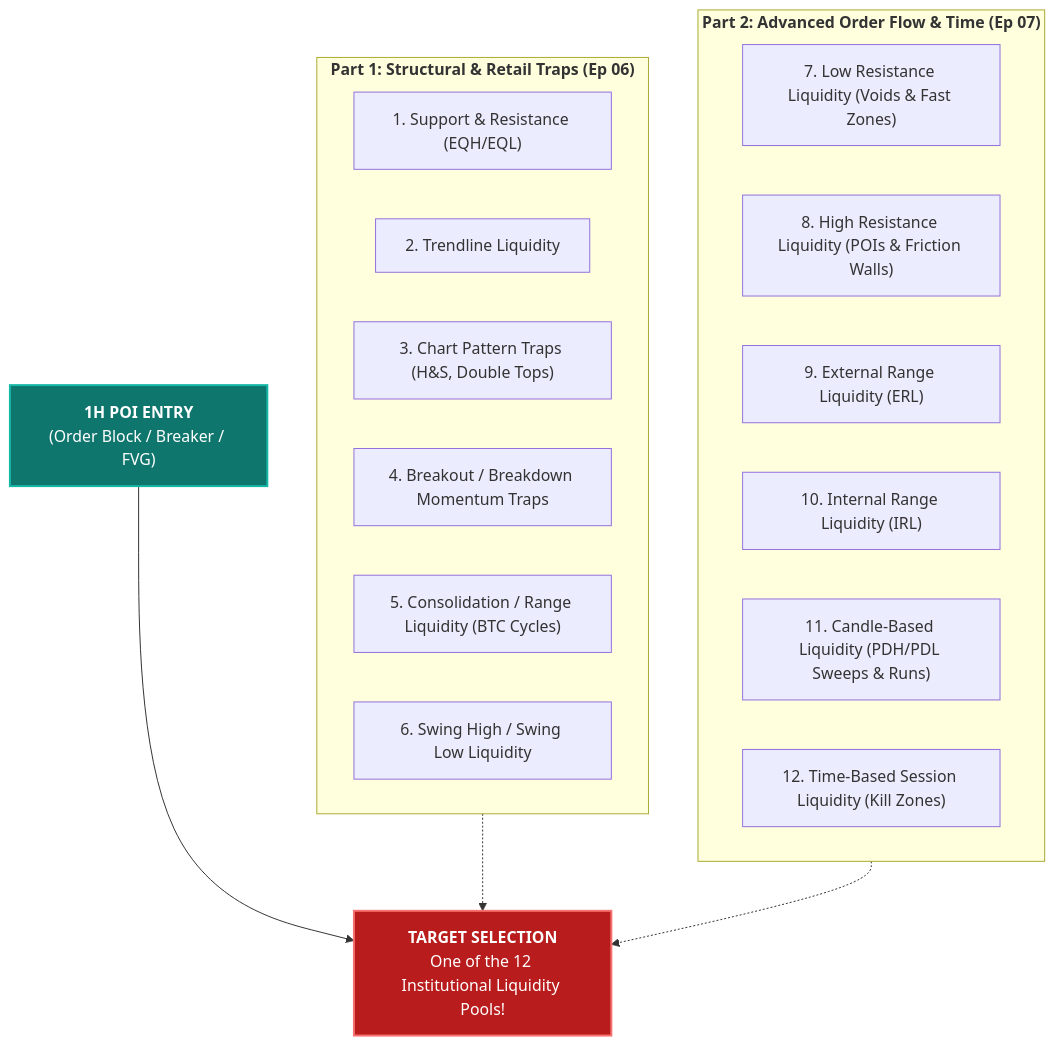
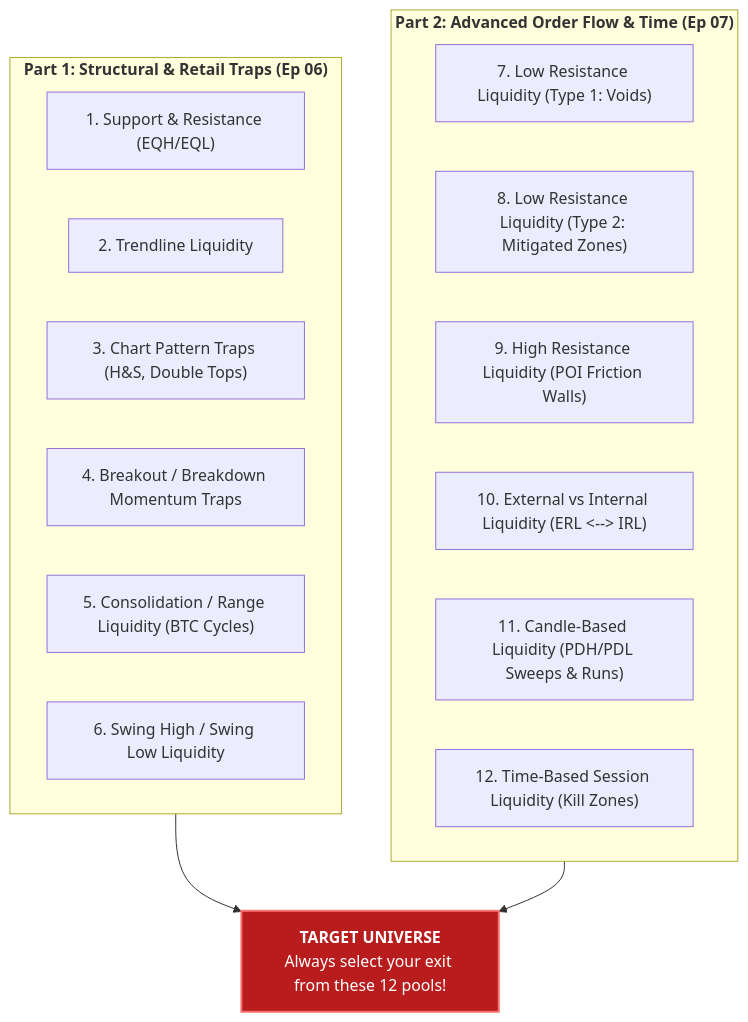
One commit to as7812164-sketch/smc-v17-trading-system changed the diagram in institutional_video_learning_vault/02_visual_diagrams_and_frames/Video_07_Visual_Atlas.md. Above: the diagram before and after it, drawn with Mermaid. The commit also changed other lines of this file and 2 other files, not shown here.

Commit message:
feat(learning_vault): complete microscopic audit of episode 07 with dual target symmetry

````diff
--- a/institutional_video_learning_vault/02_visual_diagrams_and_frames/Video_07_Visual_Atlas.md
+++ b/institutional_video_learning_vault/02_visual_diagrams_and_frames/Video_07_Visual_Atlas.md
@@ -113,27 +133,26 @@
 ```mermaid
 flowchart TD
     subgraph Part1["<b>Part 1: Structural & Retail Traps (Ep 06)</b>"]
         L1["1. Support & Resistance (EQH/EQL)"]
         L2["2. Trendline Liquidity"]
         L3["3. Chart Pattern Traps (H&S, Double Tops)"]
         L4["4. Breakout / Breakdown Momentum Traps"]
         L5["5. Consolidation / Range Liquidity (BTC Cycles)"]
         L6["6. Swing High / Swing Low Liquidity"]
     end
 
     subgraph Part2["<b>Part 2: Advanced Order Flow & Time (Ep 07)</b>"]
-        L7["7. Low Resistance Liquidity (Voids & Fast Zones)"]
-        L8["8. High Resistance Liquidity (POIs & Friction Walls)"]
-        L9["9. External Range Liquidity (ERL)"]
-        L10["10. Internal Range Liquidity (IRL)"]
+        L7["7. Low Resistance Liquidity (Type 1: Voids)"]
+        L8["8. Low Resistance Liquidity (Type 2: Mitigated Zones)"]
+        L9["9. High Resistance Liquidity (POI Friction Walls)"]
+        L10["10. External vs Internal Liquidity (ERL <--> IRL)"]
         L11["11. Candle-Based Liquidity (PDH/PDL Sweeps & Runs)"]
         L12["12. Time-Based Session Liquidity (Kill Zones)"]
     end
 
-    EntryPOI["<b>1H POI ENTRY</b><br/>(Order Block / Breaker / FVG)"] --> Target["<b>TARGET SELECTION</b><br/>One of the 12 Institutional Liquidity Pools!"]
-    Part1 -.-> Target
-    Part2 -.-> Target
+    TargetPool["<b>TARGET UNIVERSE</b><br/>Always select your exit from these 12 pools!"]
+    Part1 --> TargetPool
+    Part2 --> TargetPool
 
-    style EntryPOI fill:#0f766e,stroke:#14b8a6,stroke-width:2px,color:#fff
-    style Target fill:#b91c1c,stroke:#f87171,stroke-width:2px,color:#fff
+    style TargetPool fill:#b91c1c,stroke:#f87171,stroke-width:2px,color:#fff
 ```
````
